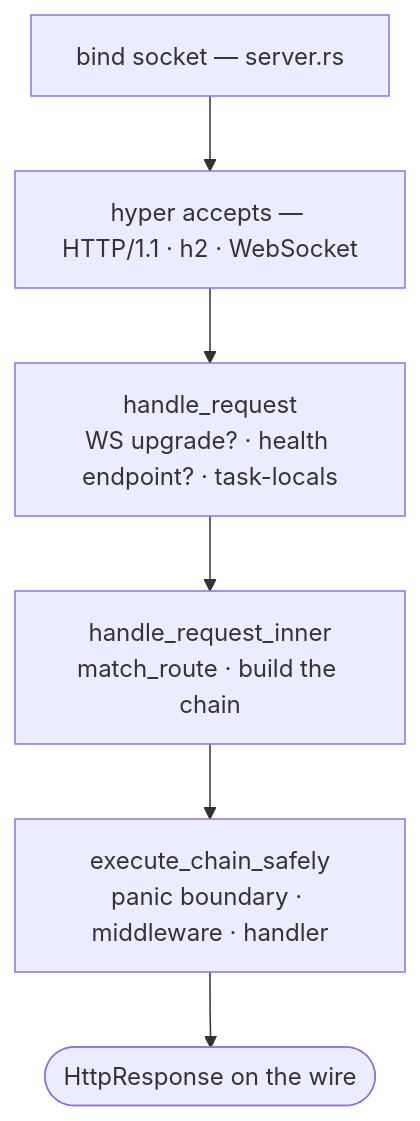
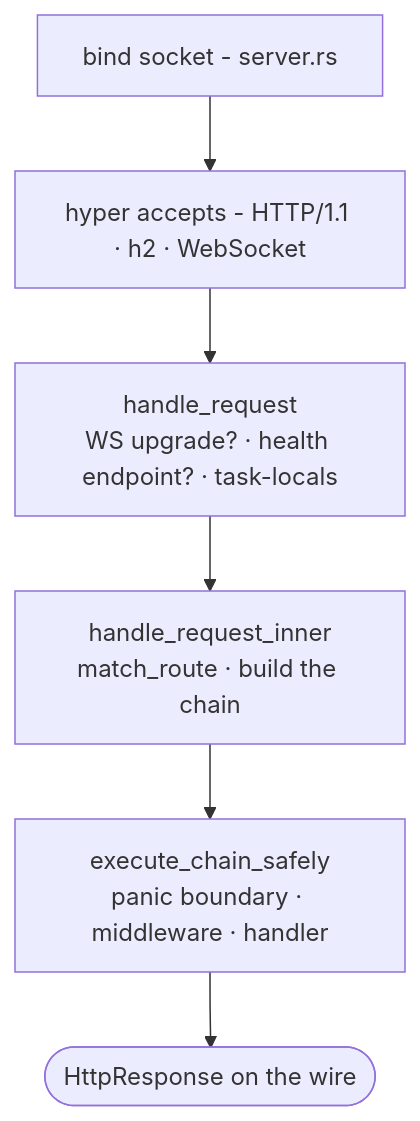
Before and after one commit to eas4ai/suprnova: the diagram in manual/lifecycle.md, drawn with Mermaid. The commit also changed other lines of this file and 116 other files, not shown here.

````diff
--- a/manual/lifecycle.md
+++ b/manual/lifecycle.md
@@ -9,11 +9,11 @@
 ```mermaid
 flowchart TD
-    bind["bind socket — server.rs"]
-    accept["hyper accepts — HTTP/1.1 · h2 · WebSocket"]
+    bind["bind socket - server.rs"]
+    accept["hyper accepts - HTTP/1.1 · h2 · WebSocket"]
     handle["handle_request<br/>WS upgrade? · health endpoint? · task-locals"]
     inner["handle_request_inner<br/>match_route · build the chain"]
     chain["execute_chain_safely<br/>panic boundary · middleware · handler"]
     resp(["HttpResponse on the wire"])
 
     bind --> accept --> handle --> inner --> chain --> resp
 ```
````
